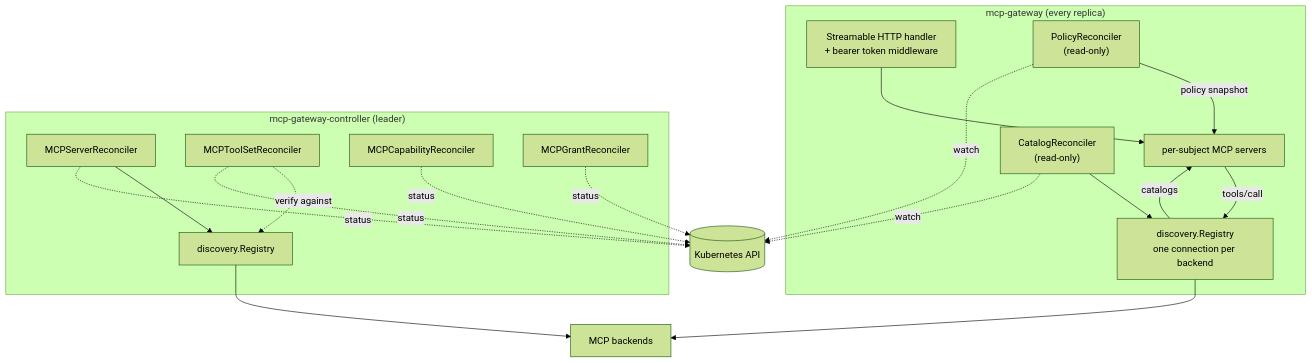
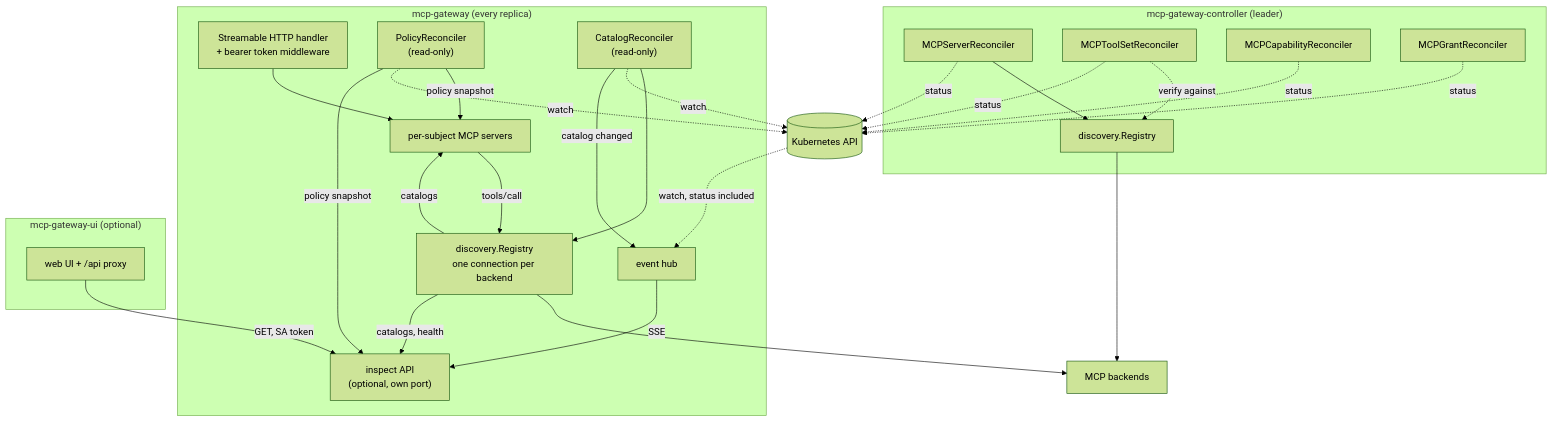
The first of 5 diagrams in docs/architecture.md (metapatrol/mcp-gateway), drawn with Mermaid (forest theme) before and after one commit. The commit also changed other lines of this file and 3 other files, not shown here.

First line of the commit message:
docs: describe the console and the data flows

````diff
--- a/docs/architecture.md
+++ b/docs/architecture.md
@@ -11,35 +11,48 @@
 ```mermaid
 graph TB
     subgraph "mcp-gateway (every replica)"
         H["Streamable HTTP handler<br/>+ bearer token middleware"]
         S["per-subject MCP servers"]
         PR["PolicyReconciler<br/>(read-only)"]
         CR["CatalogReconciler<br/>(read-only)"]
         REG1["discovery.Registry<br/>one connection per backend"]
+        INS["inspect API<br/>(optional, own port)"]
+        EV["event hub"]
+    end
+
+    subgraph "mcp-gateway-ui (optional)"
+        UI["web UI + /api proxy"]
     end
 
     subgraph "mcp-gateway-controller (leader)"
         R1["MCPServerReconciler"]
         R2["MCPToolSetReconciler"]
         R3["MCPCapabilityReconciler"]
         R4["MCPGrantReconciler"]
         REG2["discovery.Registry"]
     end
 
     API[("Kubernetes API")]
     B["MCP backends"]
 
     H --> S
     PR -->|"policy snapshot"| S
     CR --> REG1
     REG1 -->|"catalogs"| S
     S -->|"tools/call"| REG1
     REG1 --> B
     PR -.->|watch| API
     CR -.->|watch| API
 
     R1 --> REG2
     REG2 --> B
     R2 -.->|"verify against"| REG2
     R1 & R2 & R3 & R4 -.->|"status"| API
+
+    PR -->|"policy snapshot"| INS
+    REG1 -->|"catalogs, health"| INS
+    API -.->|"watch, status included"| EV
+    CR -->|"catalog changed"| EV
+    EV -->|"SSE"| INS
+    UI -->|"GET, SA token"| INS
 ```
````
